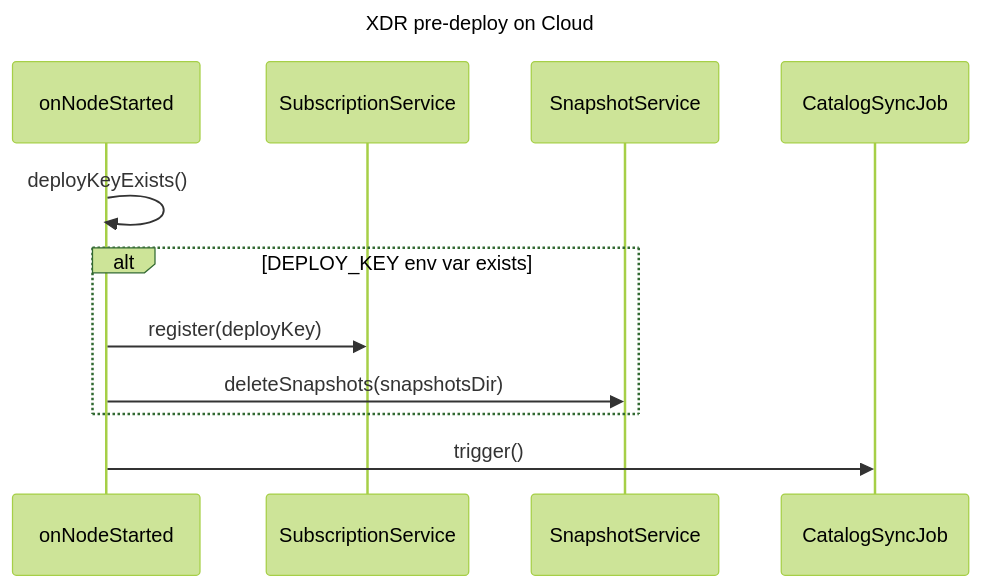
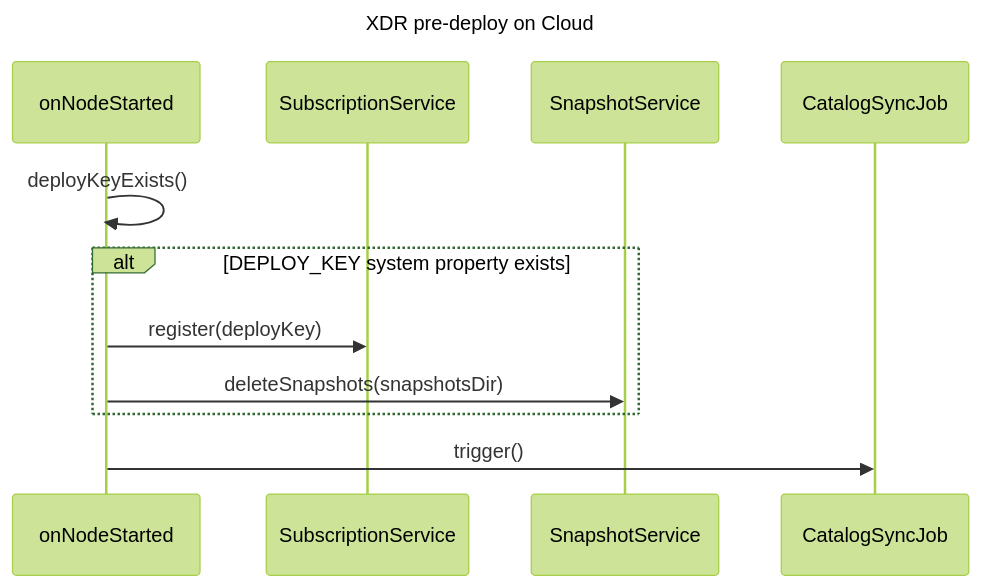
Before and after one commit to wazuh/wazuh-indexer-plugins: the second of 12 diagrams in docs/dev/plugins/content-manager.md, drawn with Mermaid (forest theme). The commit also changed other lines of this file and 2 other files, not shown here.

Commit message:
Correct the DEPLOY_KEY pre-registration documentation

````diff
--- a/docs/dev/plugins/content-manager.md
+++ b/docs/dev/plugins/content-manager.md
@@ -72,13 +72,13 @@
 ```mermaid
 ---
 title: XDR pre-deploy on Cloud
 ---
 sequenceDiagram
     onNodeStarted->>onNodeStarted: deployKeyExists()
-    alt DEPLOY_KEY env var exists
+    alt DEPLOY_KEY system property exists
         onNodeStarted->>SubscriptionService: register(deployKey)
         onNodeStarted->>SnapshotService: deleteSnapshots(snapshotsDir)
     end
     onNodeStarted->>CatalogSyncJob: trigger()
 
 ```
````
